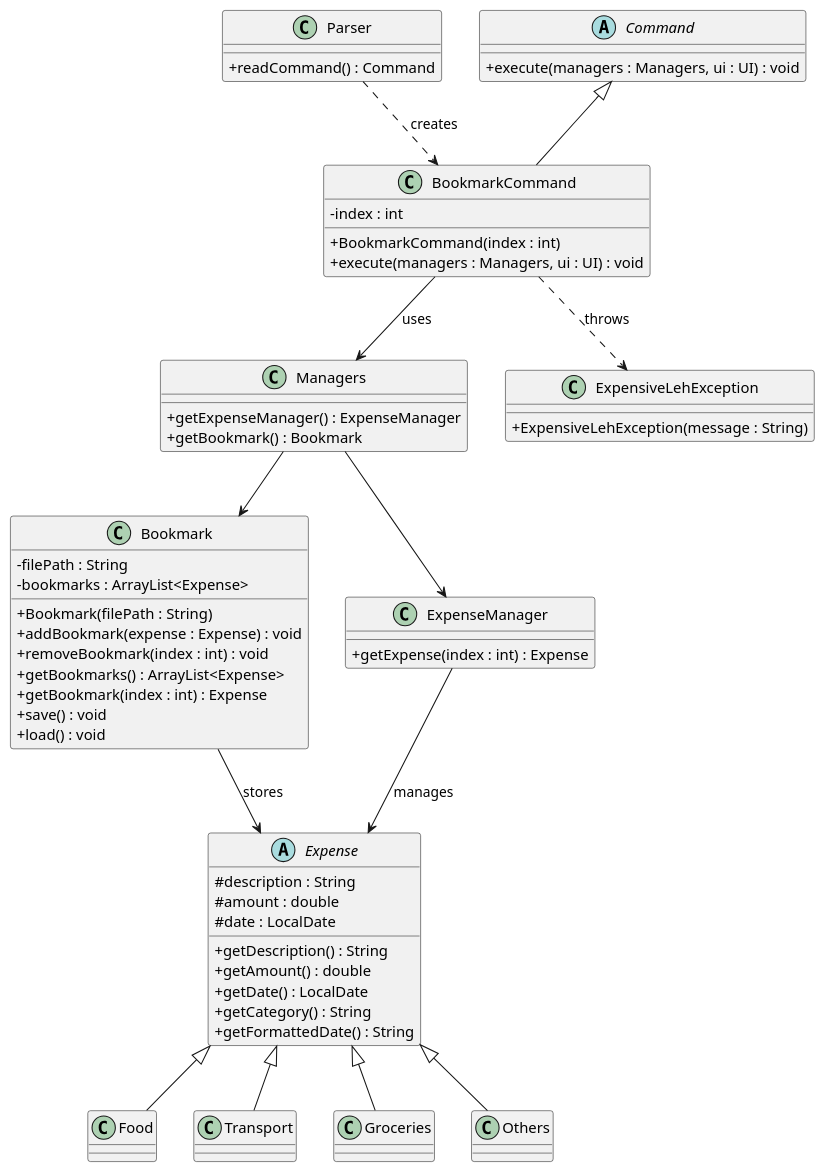
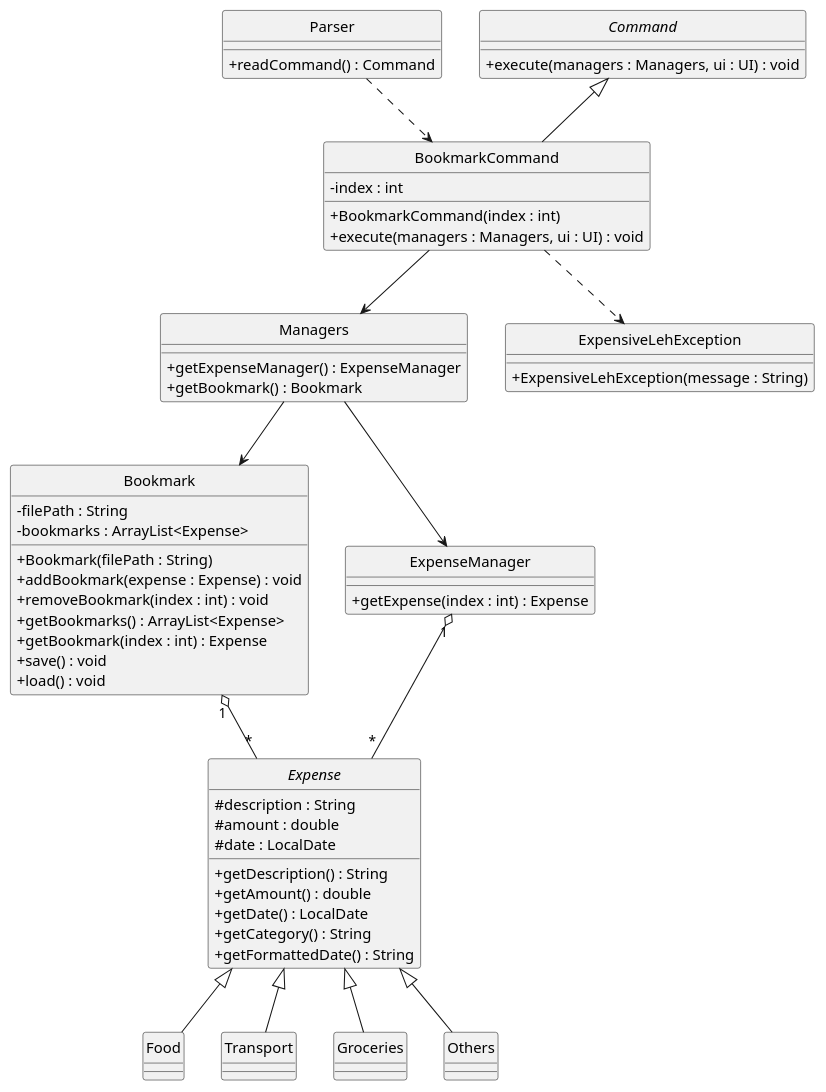
One commit to KanakornMek/tp changed the diagram in docs/Diagrams/Bookmark.puml. Above: the diagram before and after it, drawn with PlantUML. The commit also changed 13 other files, not shown here.

Commit message:
Modified uml diagrams to fit course specifications and their equivalent png files

```diff
--- a/docs/Diagrams/Bookmark.puml
+++ b/docs/Diagrams/Bookmark.puml
@@ -1,78 +1,81 @@
 @startuml
 skinparam classAttributeIconSize 0
+hide circle
 
 class BookmarkCommand {
     - index : int
     + BookmarkCommand(index : int)
     + execute(managers : Managers, ui : UI) : void
 }
 
 class Bookmark {
     - filePath : String
     - bookmarks : ArrayList<Expense>
     + Bookmark(filePath : String)
     + addBookmark(expense : Expense) : void
     + removeBookmark(index : int) : void
     + getBookmarks() : ArrayList<Expense>
     + getBookmark(index : int) : Expense
     + save() : void
     + load() : void
 }
 
 class Managers {
     + getExpenseManager() : ExpenseManager
     + getBookmark() : Bookmark
 }
 
 class ExpenseManager {
     + getExpense(index : int) : Expense
 }
 
 abstract class Expense {
     # description : String
     # amount : double
     # date : LocalDate
     + getDescription() : String
     + getAmount() : double
     + getDate() : LocalDate
     + getCategory() : String
     + getFormattedDate() : String
 }
 
 class Food
 class Transport
 class Groceries
 class Others
 
 class Parser {
     + readCommand() : Command
 }
 
 class ExpensiveLehException {
     + ExpensiveLehException(message : String)
 }
 
 abstract class Command {
     + execute(managers : Managers, ui : UI) : void
 }
 
 Command <|-- BookmarkCommand
 
 Expense <|-- Food
 Expense <|-- Transport
 Expense <|-- Groceries
 Expense <|-- Others
 
-Parser ..> BookmarkCommand : creates
+Parser ..> BookmarkCommand
 
-BookmarkCommand --> Managers : uses
-BookmarkCommand ..> ExpensiveLehException : throws
+BookmarkCommand --> Managers
+
+BookmarkCommand ..> ExpensiveLehException
 
 Managers --> ExpenseManager
+
 Managers --> Bookmark
 
-Bookmark --> Expense : stores
+Bookmark "1" o-- "*" Expense
 
-ExpenseManager --> Expense : manages
+ExpenseManager "1" o-- "*" Expense
 
 @enduml
```
